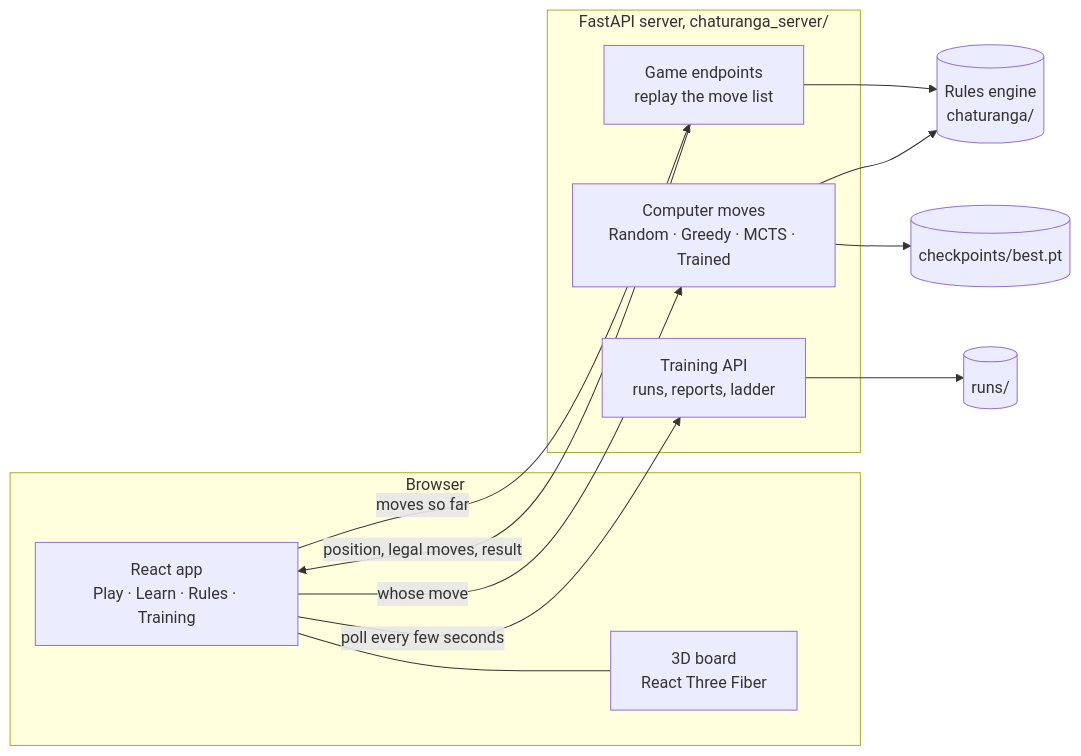
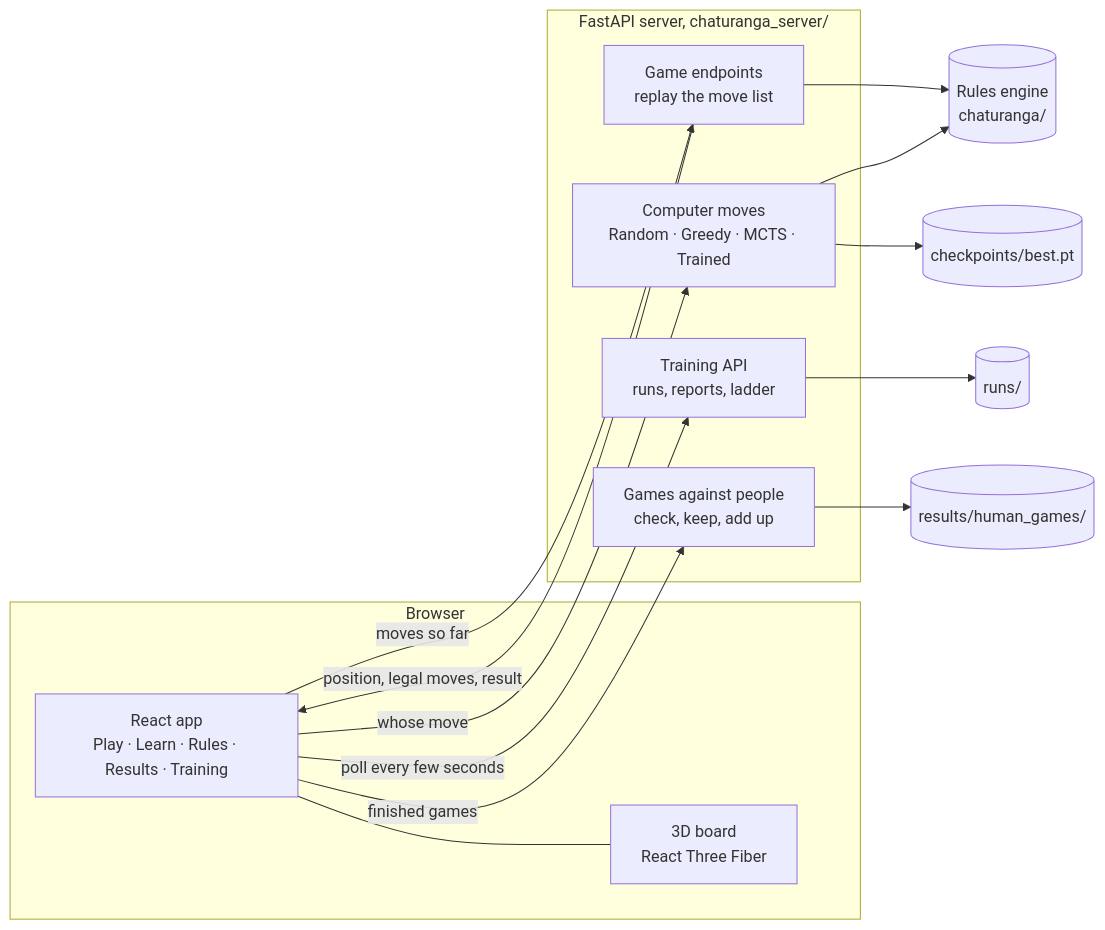
The first of 2 diagrams in docs/WEB_APP.md (Aditya-00786/csf407-fable-chaturanga-zero), drawn with Mermaid before and after one commit. The commit also changed other lines of this file and 25 other files, not shown here.

First line of the commit message:
feat: record games against people, and collect them from teammates

````diff
--- a/docs/WEB_APP.md
+++ b/docs/WEB_APP.md
@@ -11,21 +11,24 @@
 ```mermaid
 flowchart LR
     subgraph Browser
-        UI[React app<br/>Play · Learn · Rules · Training]
+        UI[React app<br/>Play · Learn · Rules · Results · Training]
         B3[3D board<br/>React Three Fiber]
         UI --- B3
     end
     subgraph API[FastAPI server, chaturanga_server/]
         G[Game endpoints<br/>replay the move list]
         A[Computer moves<br/>Random · Greedy · MCTS · Trained]
         T[Training API<br/>runs, reports, ladder]
+        H[Games against people<br/>check, keep, add up]
     end
     UI -- moves so far --> G
     G -- position, legal moves, result --> UI
     UI -- whose move --> A
     UI -- poll every few seconds --> T
+    UI -- finished games --> H
+    H --> HG[(results/human_games/)]
     G --> E[(Rules engine<br/>chaturanga/)]
     A --> E
     A --> NET[(checkpoints/best.pt)]
     T --> RUNS[(runs/)]
 ```
````
